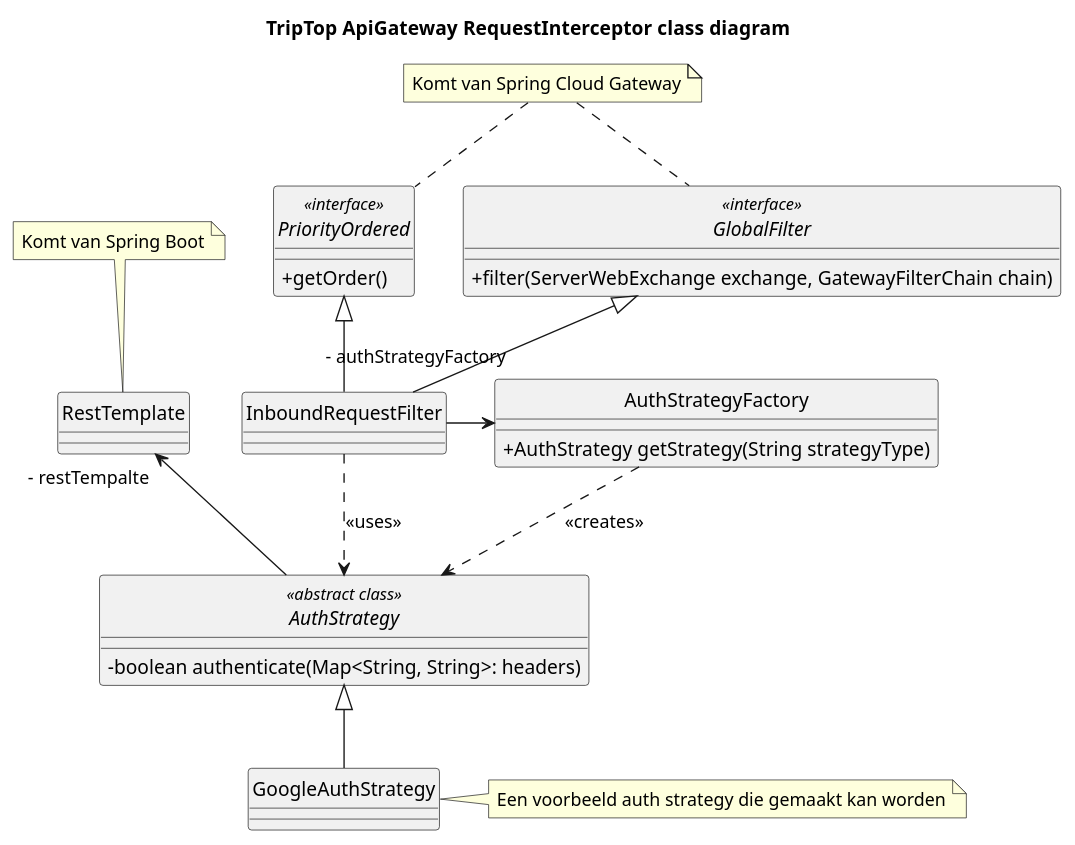
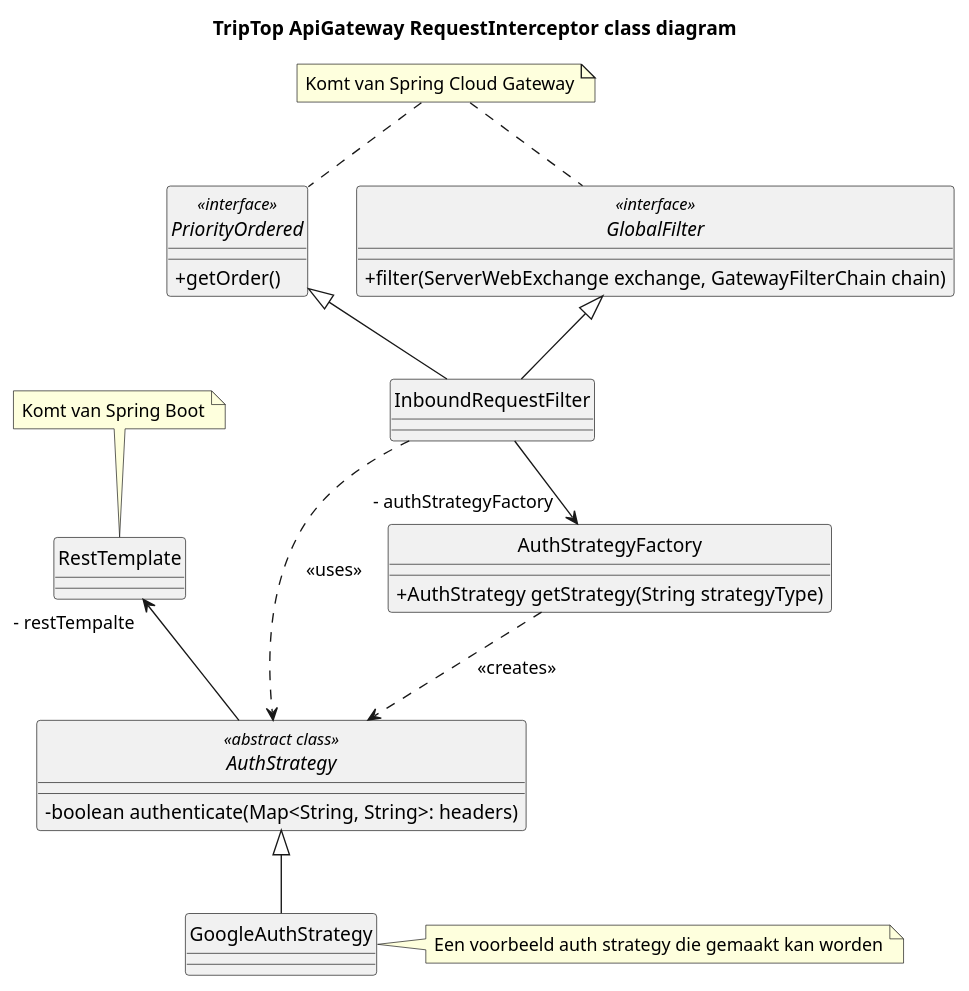
The diagram in individueel/diagram/class/Simon-TripTopClassDiagram.puml (AIM-ENE-feb25/triptop-groep-1-met-third-wheel), drawn with PlantUML before and after one commit. The commit also changed 13 other files, not shown here.

Commit message:
Update diagrammen + SGB

```diff
--- a/individueel/diagram/class/Simon-TripTopClassDiagram.puml
+++ b/individueel/diagram/class/Simon-TripTopClassDiagram.puml
@@ -1,54 +1,54 @@
 @startuml
 
 hide circle
 skinparam classAttributeIconSize 0
 
 title TripTop ApiGateway RequestInterceptor class diagram
 
 interface GlobalFilter <<interface>> {
     + filter(ServerWebExchange exchange, GatewayFilterChain chain)
 }
 note "Komt van Spring Cloud Gateway" as filterNote
 
 filterNote .. GlobalFilter
 
 interface PriorityOrdered <<interface>> {
     + getOrder()
 }
 
 filterNote .. PriorityOrdered
 
 class InboundRequestFilter {
 }
 
 class RestTemplate{
 }
 
 note "Komt van Spring Boot" as restTemplateNote
 restTemplateNote .. RestTemplate
 
 class AuthStrategyFactory {
     + AuthStrategy getStrategy(String strategyType)
 }
 
 abstract class AuthStrategy <<abstract class>> {
     - boolean authenticate(Map<String, String>: headers)
 }
 
 class GoogleAuthStrategy {}
 note "Een voorbeeld auth strategy die gemaakt kan worden" as googleAuthStrategyNote
 googleAuthStrategyNote ..left GoogleAuthStrategy
 
 InboundRequestFilter -up-^ GlobalFilter
 InboundRequestFilter -up-^ PriorityOrdered
-InboundRequestFilter --right> "- authStrategyFactory" AuthStrategyFactory
+InboundRequestFilter --> "- authStrategyFactory" AuthStrategyFactory
 
 AuthStrategyFactory ..> AuthStrategy : <<creates>>
 InboundRequestFilter ..> AuthStrategy : <<uses>>
 
 AuthStrategy --up> "- restTempalte" RestTemplate
 
 GoogleAuthStrategy -up-^ AuthStrategy
 
 
 @enduml
```
